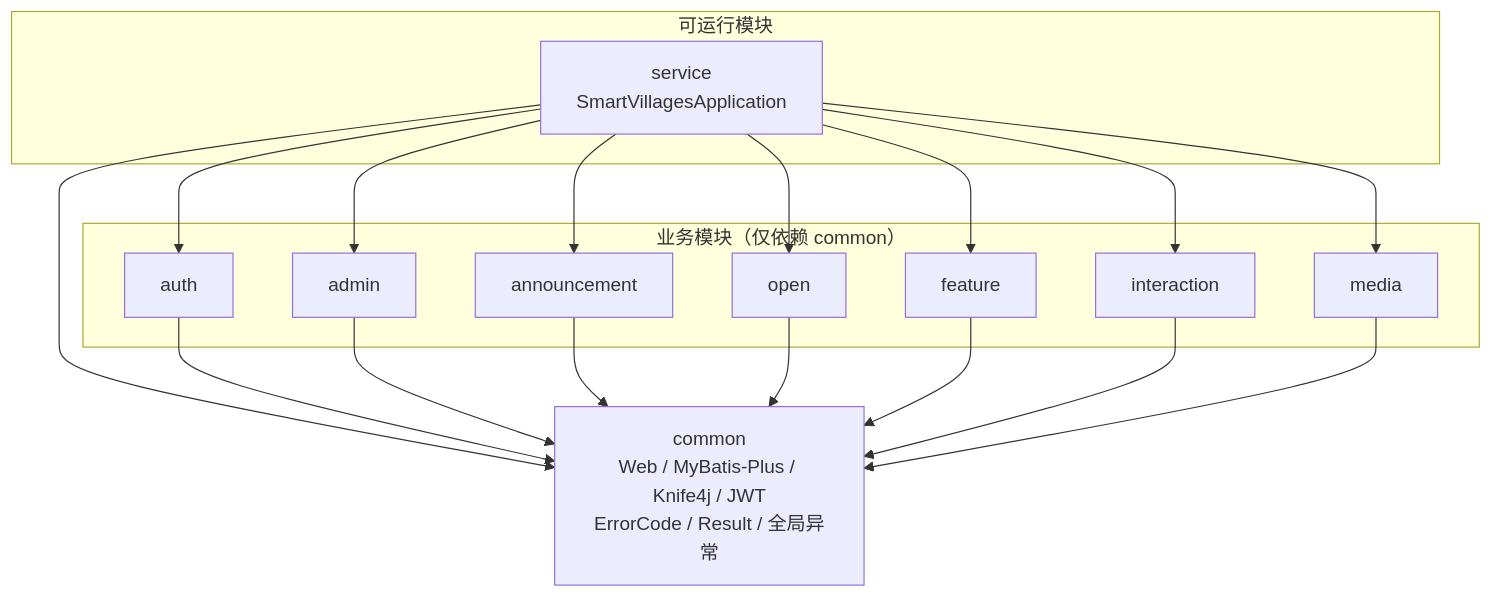
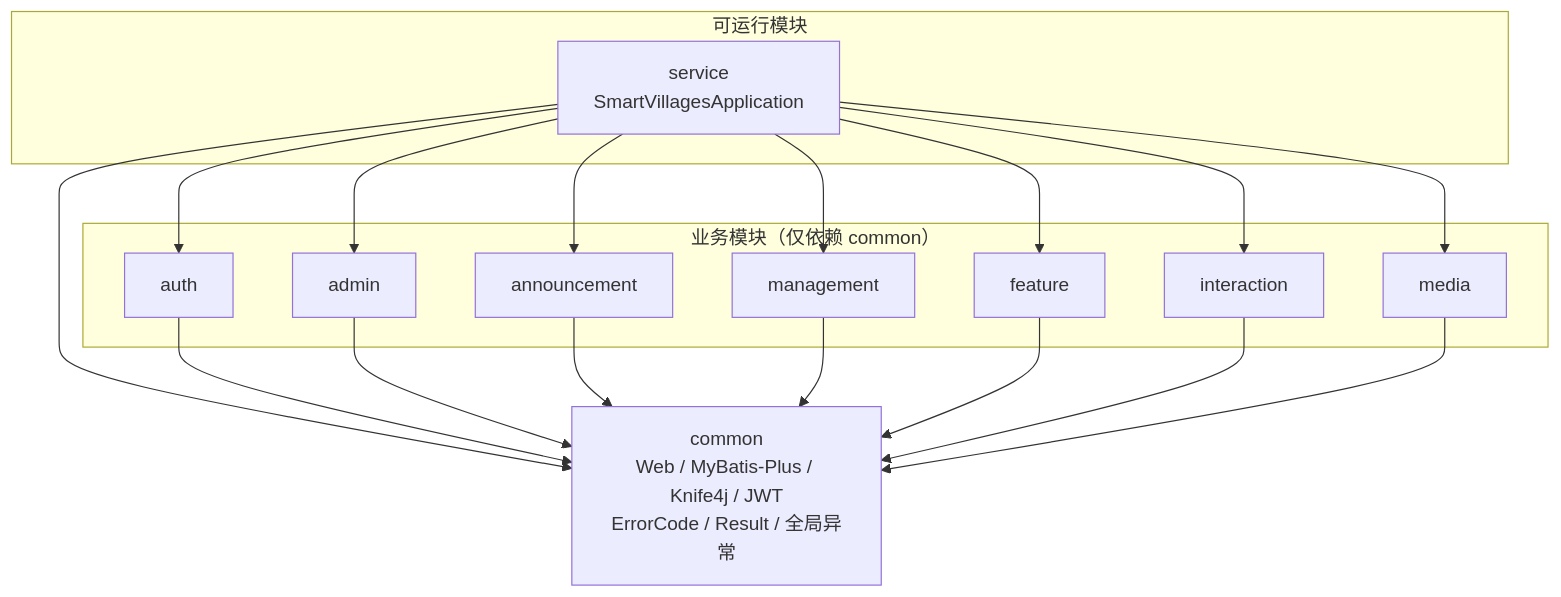
One commit to RecursiveEcho/smartVillage changed the diagram in README.md. Above: the diagram before and after it, drawn with Mermaid. The commit also changed other lines of this file and 24 other files, not shown here.

````diff
--- a/README.md
+++ b/README.md
@@ -211,35 +184,35 @@
 ```mermaid
 flowchart TB
     subgraph runtime["可运行模块"]
         S[service<br/>SmartVillagesApplication]
     end
 
     subgraph libs["业务模块（仅依赖 common）"]
         A[auth]
         D[admin]
         N[announcement]
-        O[open]
+        G[management]
         F[feature]
         I[interaction]
         M[media]
     end
 
     C[common<br/>Web / MyBatis-Plus / Knife4j / JWT<br/>ErrorCode / Result / 全局异常]
 
     S --> C
     S --> A
     S --> D
     S --> N
-    S --> O
+    S --> G
     S --> F
     S --> I
     S --> M
 
     A --> C
     D --> C
     N --> C
-    O --> C
+    G --> C
     F --> C
     I --> C
     M --> C
 ```
````
